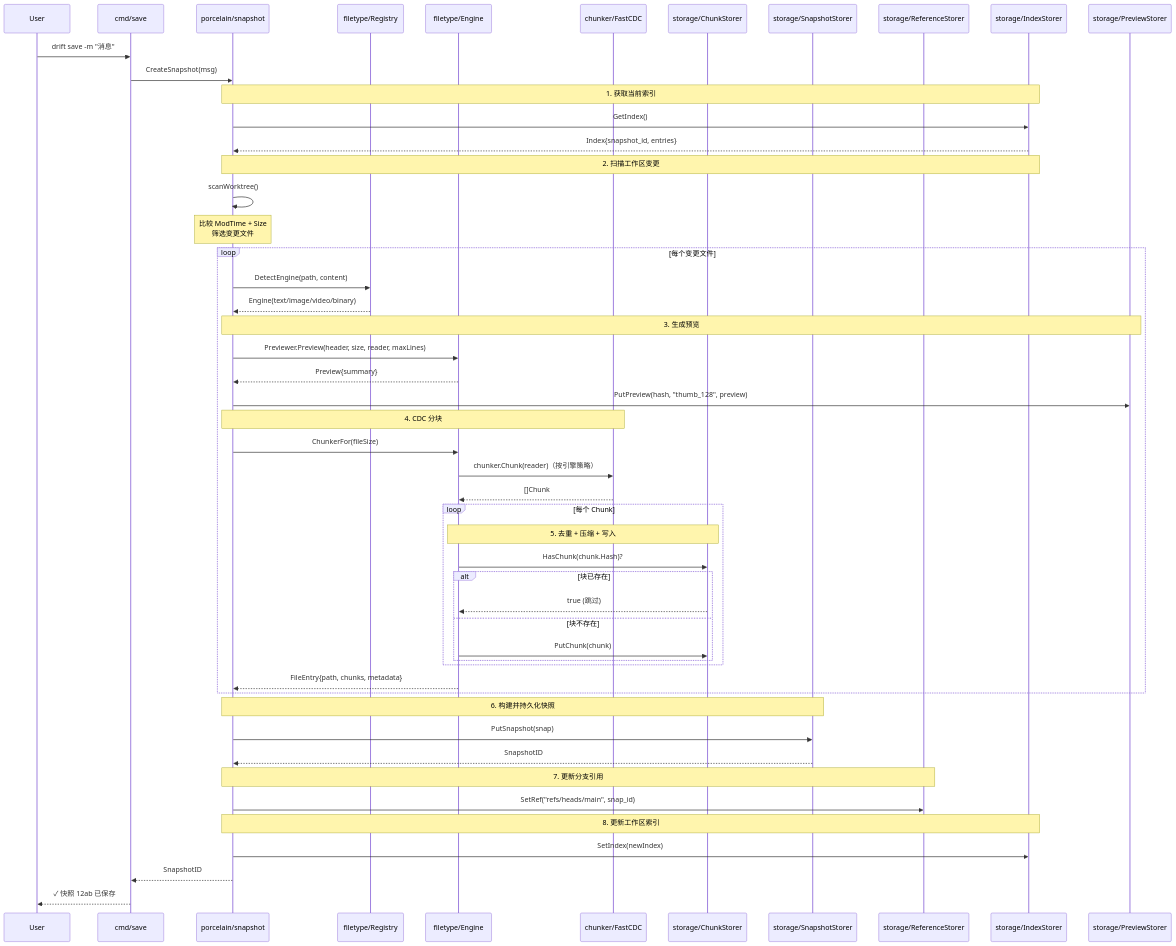
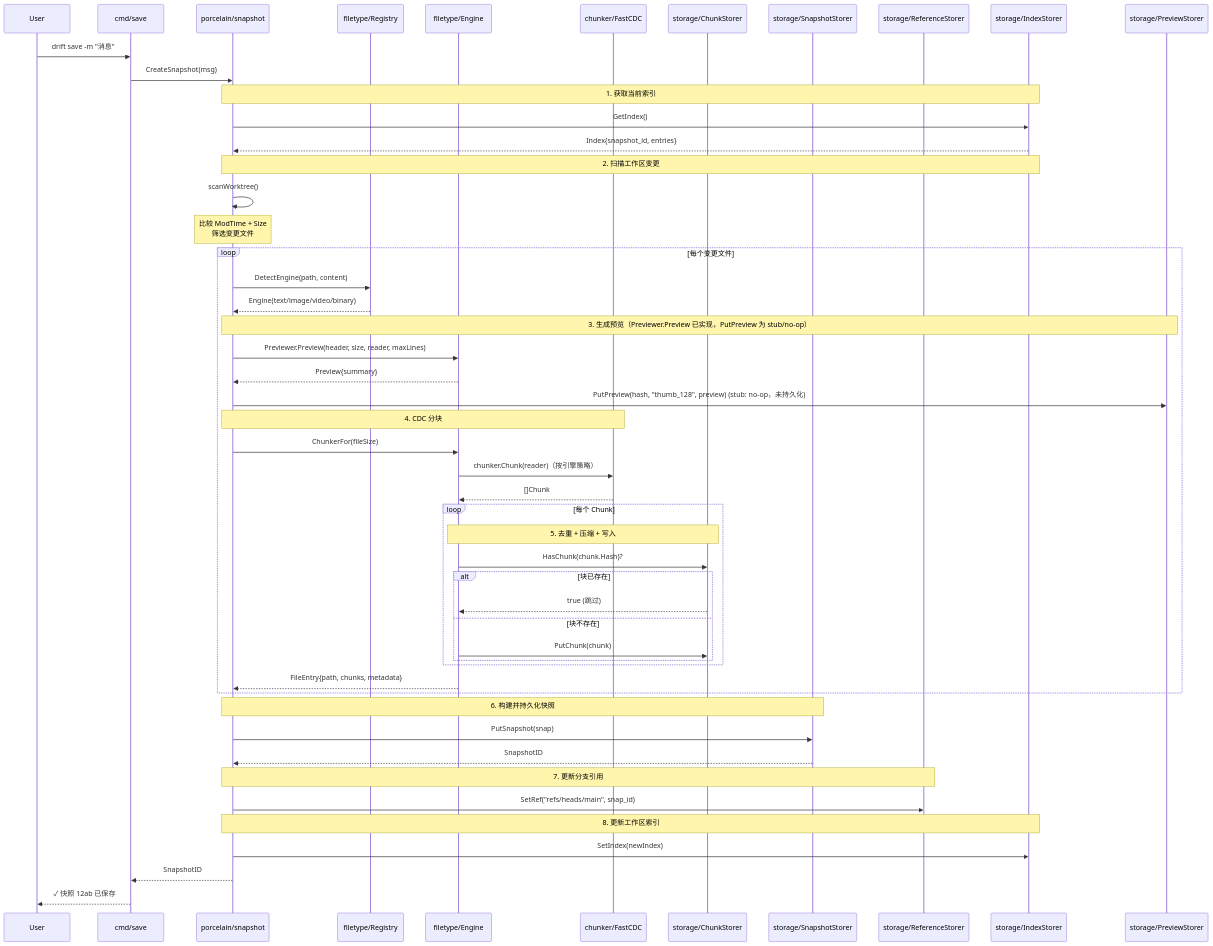
One commit to Alei-001/drift changed the third of 5 diagrams in docs/architecture.md. Above: the diagram before and after it, drawn with Mermaid. The commit also changed other lines of this file and 92 other files, not shown here.

````diff
--- a/docs/architecture.md
+++ b/docs/architecture.md
@@ -898,65 +929,65 @@
 ```mermaid
 sequenceDiagram
     participant User
     participant Cmd as cmd/save
     participant Snapshot as porcelain/snapshot
     participant Registry as filetype/Registry
     participant Engine as filetype/Engine
     participant CD as chunker/FastCDC
     participant CS as storage/ChunkStorer
     participant SS as storage/SnapshotStorer
     participant RS as storage/ReferenceStorer
     participant IS as storage/IndexStorer
     participant PS as storage/PreviewStorer
 
     User->>Cmd: drift save -m "消息"
     Cmd->>Snapshot: CreateSnapshot(msg)
 
     Note over Snapshot,IS: 1. 获取当前索引
     Snapshot->>IS: GetIndex()
     IS-->>Snapshot: Index{snapshot_id, entries}
 
     Note over Snapshot,IS: 2. 扫描工作区变更
     Snapshot->>Snapshot: scanWorktree()
     Note over Snapshot: 比较 ModTime + Size<br/>筛选变更文件
 
     loop 每个变更文件
         Snapshot->>Registry: DetectEngine(path, content)
         Registry-->>Snapshot: Engine(text/image/video/binary)
 
-        Note over Snapshot,PS: 3. 生成预览
+        Note over Snapshot,PS: 3. 生成预览（Previewer.Preview 已实现，PutPreview 为 stub/no-op）
         Snapshot->>Engine: Previewer.Preview(header, size, reader, maxLines)
         Engine-->>Snapshot: Preview{summary}
-        Snapshot->>PS: PutPreview(hash, "thumb_128", preview)
+        Snapshot->>PS: PutPreview(hash, "thumb_128", preview) (stub: no-op，未持久化)
 
         Note over Snapshot,CD: 4. CDC 分块
         Snapshot->>Engine: ChunkerFor(fileSize)
         Engine->>CD: chunker.Chunk(reader)（按引擎策略）
         CD-->>Engine: []Chunk
 
         loop 每个 Chunk
             Note over Engine,CS: 5. 去重 + 压缩 + 写入
             Engine->>CS: HasChunk(chunk.Hash)?
             alt 块已存在
                 CS-->>Engine: true (跳过)
             else 块不存在
                 Engine->>CS: PutChunk(chunk)
             end
         end
 
         Engine-->>Snapshot: FileEntry{path, chunks, metadata}
     end
 
     Note over Snapshot,SS: 6. 构建并持久化快照
     Snapshot->>SS: PutSnapshot(snap)
     SS-->>Snapshot: SnapshotID
 
     Note over Snapshot,RS: 7. 更新分支引用
     Snapshot->>RS: SetRef("refs/heads/main", snap_id)
 
     Note over Snapshot,IS: 8. 更新工作区索引
     Snapshot->>IS: SetIndex(newIndex)
 
     Snapshot-->>Cmd: SnapshotID
     Cmd-->>User: ✓ 快照 12ab 已保存
 ```
````
